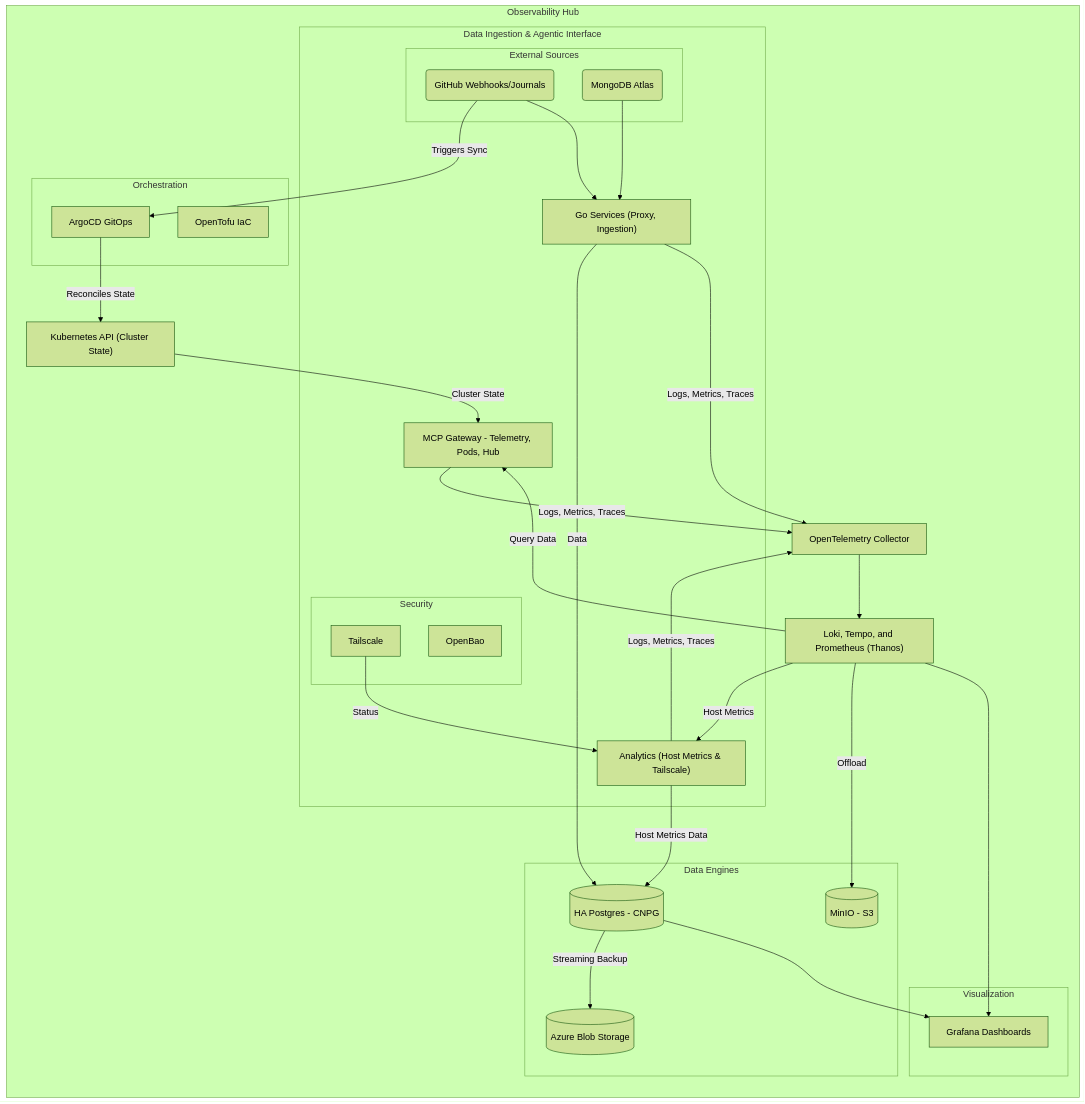
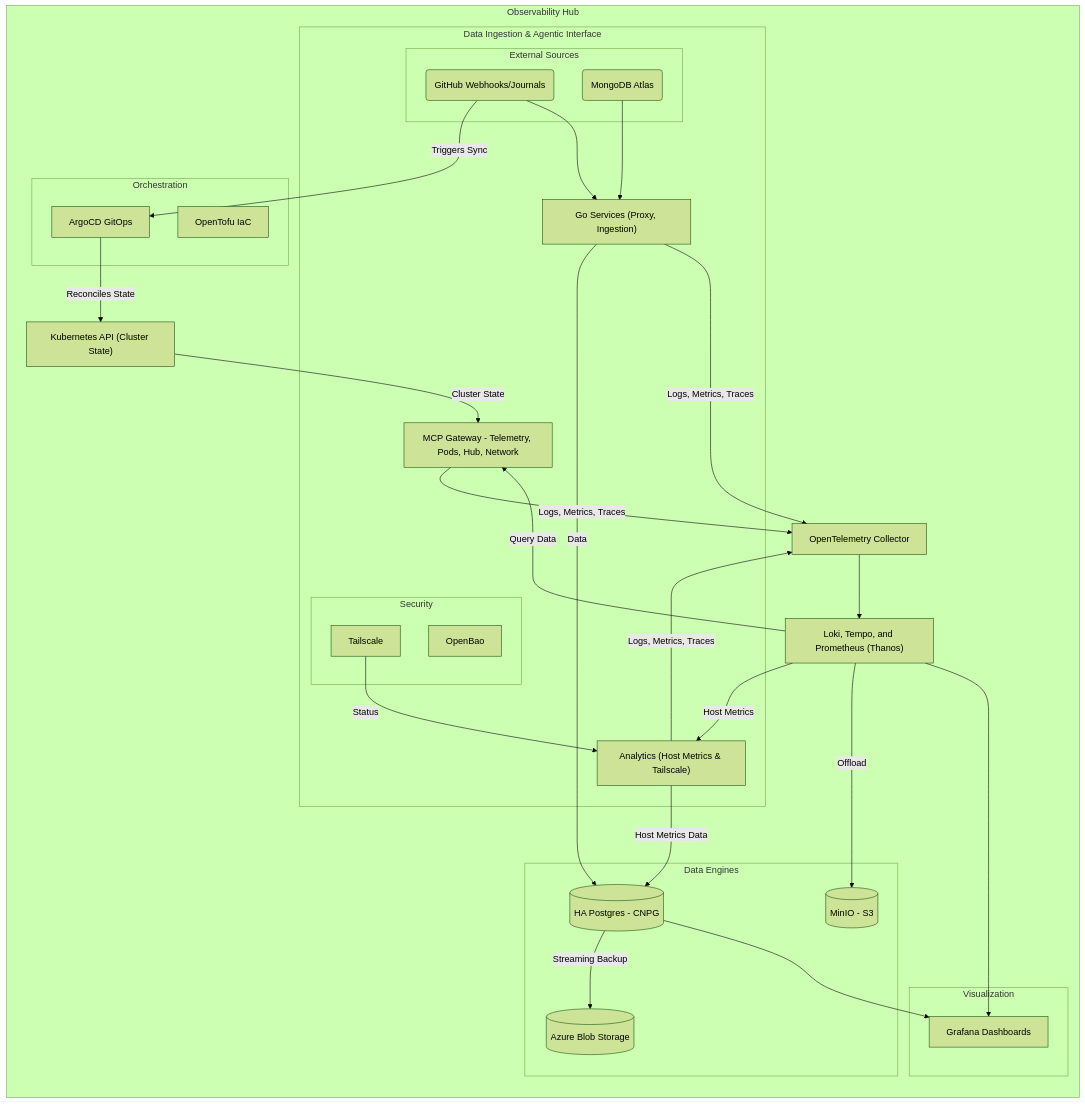
Before and after one commit to victoriacheng15/observability-hub: the diagram in README.md, drawn with Mermaid (forest theme). The commit also changed 2 other files, not shown here.

Commit message:
docs(arch): align architectural blueprints with mcp network layer (#354)

````diff
--- a/README.md
+++ b/README.md
@@ -59,70 +59,70 @@
 ```mermaid
 flowchart TB
     subgraph ObservabilityHub ["Observability Hub"]
         direction TB
         subgraph Logic ["Data Ingestion & Agentic Interface"]
             subgraph External ["External Sources"]
                 GH(GitHub Webhooks/Journals)
                 Mongo(MongoDB Atlas)
             end
 
             subgraph Security [Security]
                 Bao[OpenBao]
                 Tailscale[Tailscale]
             end
 
             GoApps["Go Services (Proxy, Ingestion)"]
-            MCP["MCP Gateway - Telemetry, Pods, Hub"]
+            MCP["MCP Gateway - Telemetry, Pods, Hub, Network"]
             Analytics["Analytics (Host Metrics & Tailscale)"]
         end
 
         subgraph Control ["Orchestration"]
             GitOps[ArgoCD GitOps]
             Tofu[OpenTofu IaC]
         end
 
         K3S["Kubernetes API (Cluster State)"]
         OTEL[OpenTelemetry Collector]
 
         Observability["Loki, Tempo, and Prometheus (Thanos)"]
         subgraph Storage ["Data Engines"]
             PG[(HA Postgres - CNPG)]
             S3[(MinIO - S3)]
             Azure[(Azure Blob Storage)]
         end
         
 
         subgraph Visualization ["Visualization"]
             Grafana[Grafana Dashboards]
         end
     end
 
     %% GitOps Loop
     GH -- "Triggers Sync" --> GitOps
     GitOps -- "Reconciles State" --> K3S
 
     %% Data Pipeline Connections
     GH --> GoApps
     Mongo --> GoApps
     
     %% Unified MCP Paths
     Observability -- "Query Data" --> MCP
     K3S -- "Cluster State" --> MCP
 
     %% Telemetry & Storage Connections
     Observability -- "Host Metrics" --> Analytics
     Tailscale -- "Status" --> Analytics
     Analytics -- "Host Metrics Data" --> PG
     GoApps -- Data --> PG
 
     %% Telemetry Pipeline (OTLP)
     GoApps & MCP & Analytics -- "Logs, Metrics, Traces" --> OTEL
     OTEL --> Observability
     
     %% Resilience & Backup
     Observability -- "Offload" --> S3
     PG -- "Streaming Backup" --> Azure
 
     %% Visualization Connections
     Observability & PG --> Grafana
 ```
````
